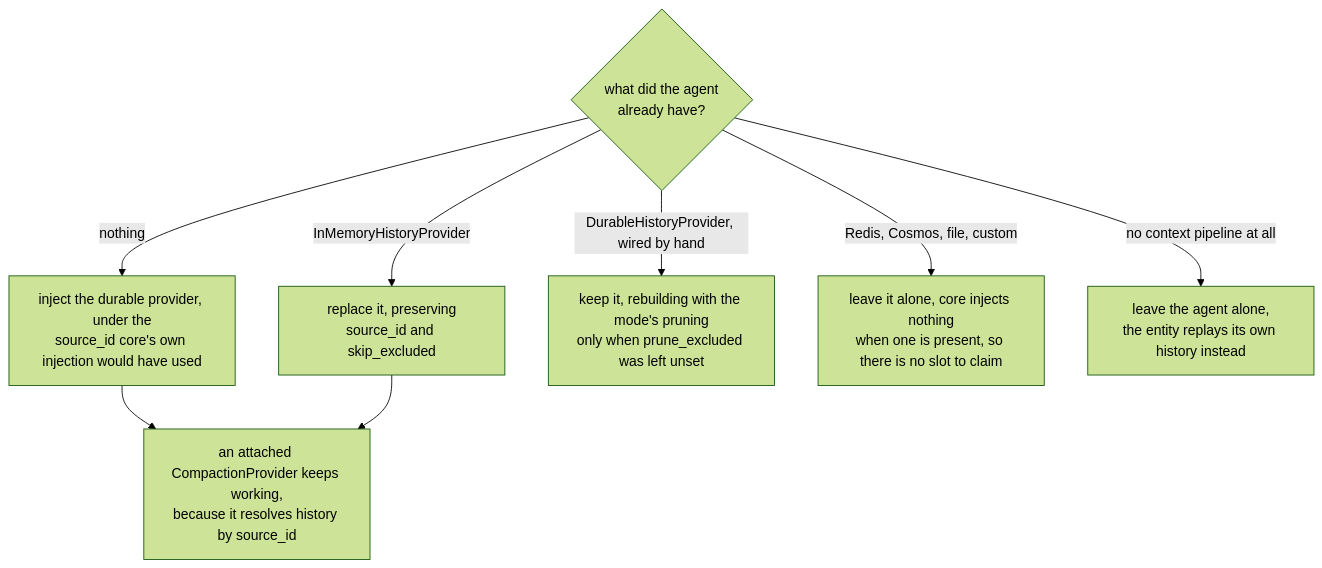
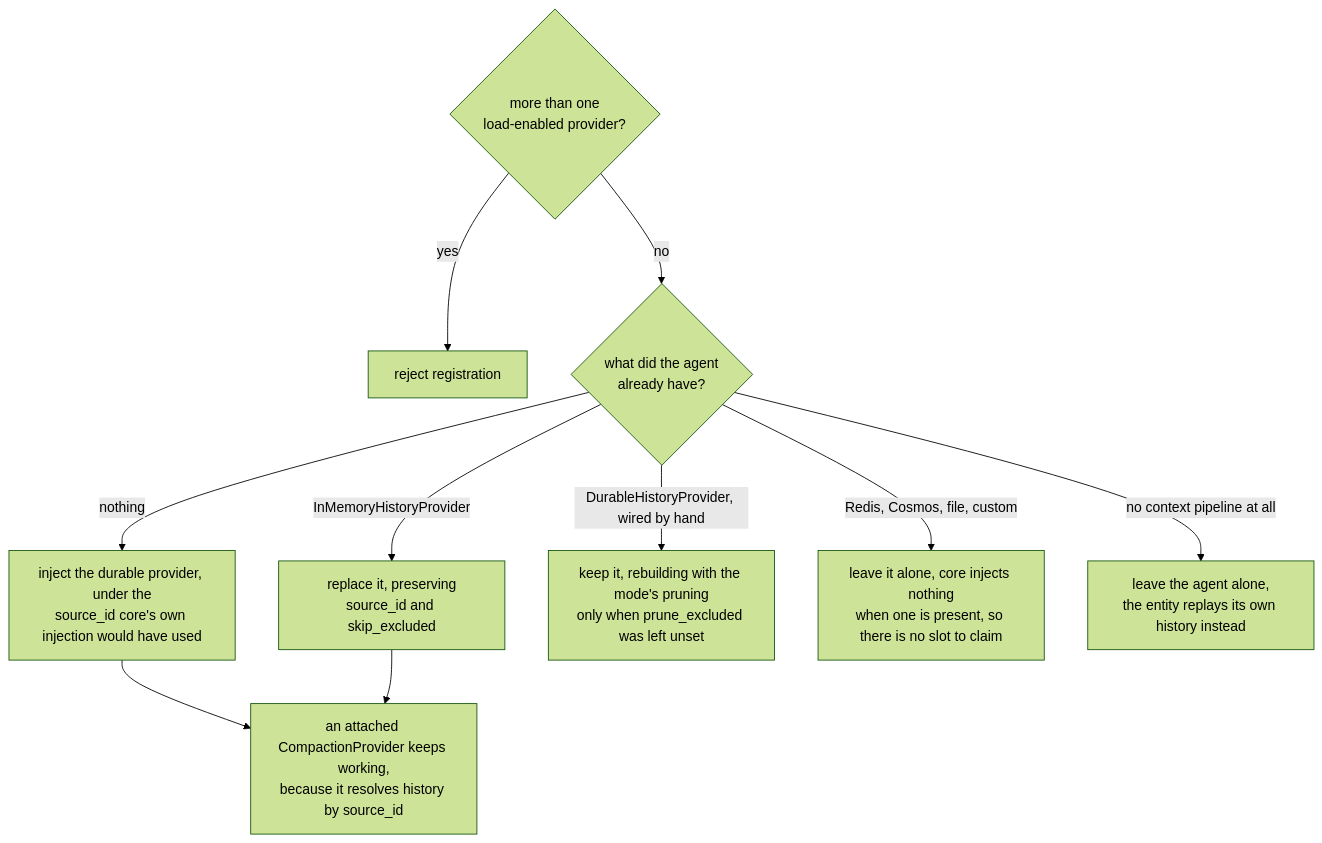
The fifth of 5 diagrams in docs/decisions/0032-durable-thread-compaction.md (microsoft/agent-framework-durable-extension), drawn with Mermaid (forest theme) before and after one commit. The commit also changed other lines of this file, not shown here.

````diff
--- a/docs/decisions/0032-durable-thread-compaction.md
+++ b/docs/decisions/0032-durable-thread-compaction.md
@@ -656,12 +786,17 @@
 ```mermaid
 flowchart TB
+    CHECK{"more than one<br/>load-enabled provider?"}
+    REJECT["reject registration"]
     Q{"what did the agent<br/>already have?"}
+
+    CHECK -->|"yes"| REJECT
+    CHECK -->|"no"| Q
     Q -->|"nothing"| INJ["inject the durable provider, under the<br/>source_id core's own injection would have used"]
     Q -->|"InMemoryHistoryProvider"| REP["replace it, preserving<br/>source_id and skip_excluded"]
     Q -->|"DurableHistoryProvider, wired by hand"| KEEP["keep it, rebuilding with the mode's pruning<br/>only when prune_excluded was left unset"]
     Q -->|"Redis, Cosmos, file, custom"| LEAVE["leave it alone, core injects nothing<br/>when one is present, so there is no slot to claim"]
     Q -->|"no context pipeline at all"| NONE["leave the agent alone,<br/>the entity replays its own history instead"]
 
     INJ --> SRC["an attached CompactionProvider keeps working,<br/>because it resolves history by source_id"]
     REP --> SRC
 ```
````
